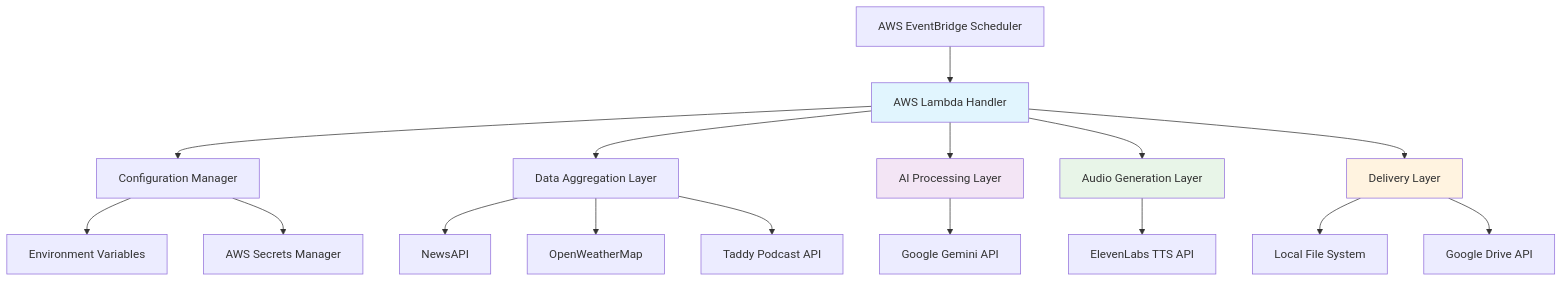
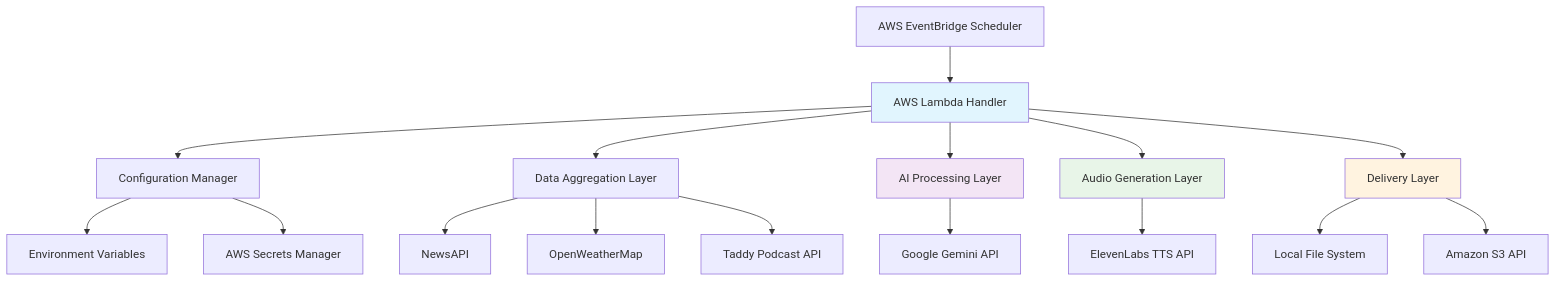
One commit to c0ld-w4ter/you-fm changed the first of 5 diagrams in TECHNICAL_DESIGN.md. Above: the diagram before and after it, drawn with Mermaid. The commit also changed other lines of this file and 10 other files, not shown here.

````diff
--- a/TECHNICAL_DESIGN.md
+++ b/TECHNICAL_DESIGN.md
@@ -26,28 +26,28 @@
 ```mermaid
 graph TB
     A[AWS EventBridge Scheduler] --> B[AWS Lambda Handler]
     B --> C[Configuration Manager]
     B --> D[Data Aggregation Layer]
     B --> E[AI Processing Layer]
     B --> F[Audio Generation Layer]
     B --> G[Delivery Layer]
     
     C --> H[Environment Variables]
     C --> I[AWS Secrets Manager]
     
     D --> J[NewsAPI]
     D --> K[OpenWeatherMap]
     D --> L[Taddy Podcast API]
     
     E --> M[Google Gemini API]
     
     F --> N[ElevenLabs TTS API]
     
     G --> O[Local File System]
-    G --> P[Google Drive API]
+    G --> P[Amazon S3 API]
     
     style B fill:#e1f5fe
     style E fill:#f3e5f5
     style F fill:#e8f5e8
     style G fill:#fff3e0
 ```
````
